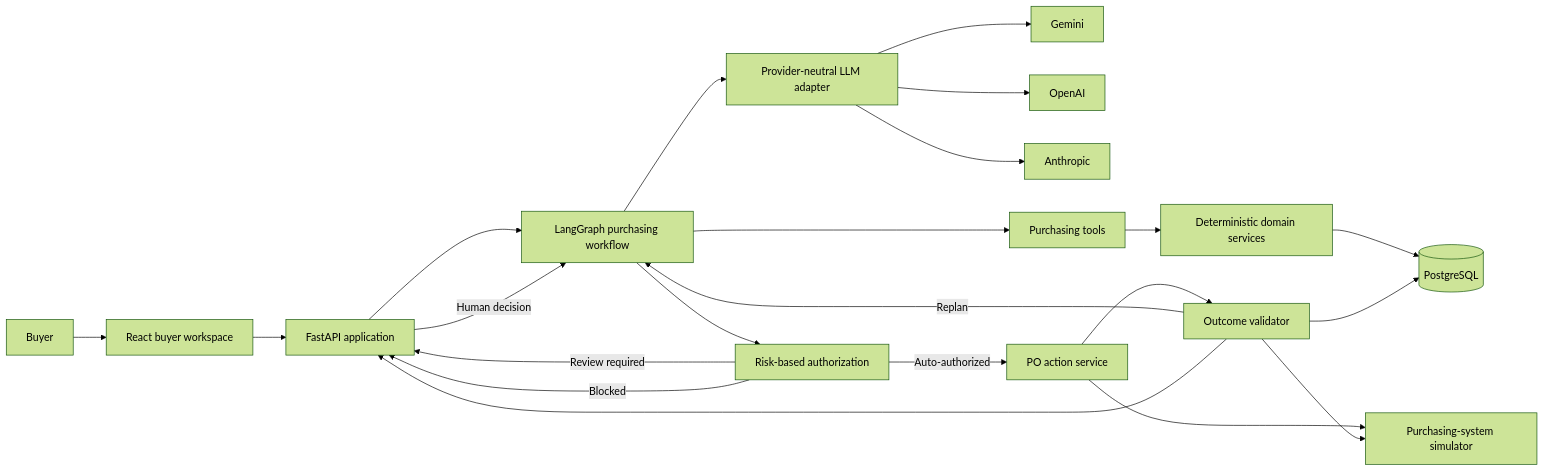
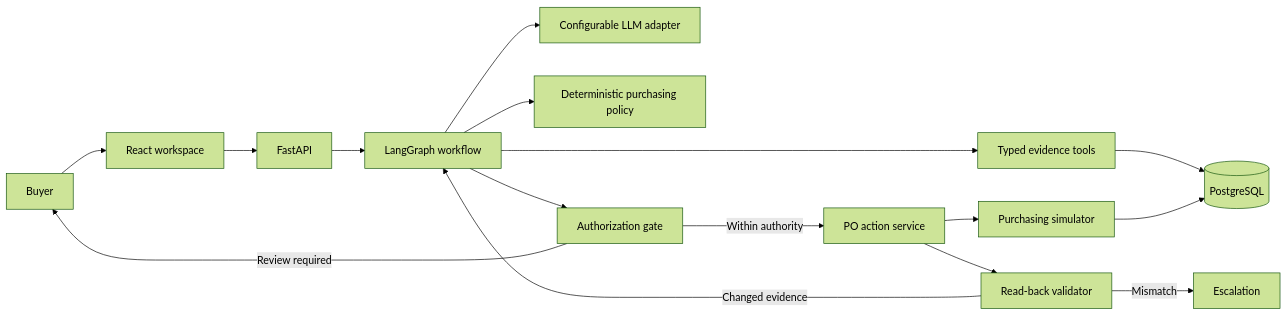
The diagram in docs/architecture.md (pseudo-nikhilk18/AI-Buyer-Agent-project), drawn with Mermaid (forest theme) before and after one commit. The commit also changed other lines of this file and 42 other files, not shown here.

Commit message:
feat(purchasing): complete evidence-based decisions and validated PO execution

````diff
--- a/docs/architecture.md
+++ b/docs/architecture.md
@@ -9,28 +9,18 @@
 ```mermaid
 flowchart LR
-    Buyer[Buyer] --> Web[React buyer workspace]
-    Web --> API[FastAPI application]
-    API --> Graph[LangGraph purchasing workflow]
-
-    Graph --> LLM[Provider-neutral LLM adapter]
-    LLM --> Gemini[Gemini]
-    LLM --> OpenAI[OpenAI]
-    LLM --> Anthropic[Anthropic]
-
-    Graph --> Tools[Purchasing tools]
-    Tools --> Domain[Deterministic domain services]
-    Domain --> DB[(PostgreSQL)]
-
-    Graph --> Authz[Risk-based authorization]
-    Authz -->|Auto-authorized| Action[PO action service]
-    Authz -->|Review required| API
-    API -->|Human decision| Graph
-    Authz -->|Blocked| API
-
-    Action --> Simulator[Purchasing-system simulator]
-    Action --> Validator[Outcome validator]
-    Validator --> Simulator
-    Validator --> DB
-    Validator -->|Replan| Graph
-    Validator --> API
+    Buyer[Buyer] --> Web[React workspace]
+    Web --> API[FastAPI]
+    API --> Graph[LangGraph workflow]
+    Graph --> LLM[Configurable LLM adapter]
+    Graph --> Tools[Typed evidence tools]
+    Tools --> DB[(PostgreSQL)]
+    Graph --> Policy[Deterministic purchasing policy]
+    Graph --> Auth[Authorization gate]
+    Auth -->|Within authority| Action[PO action service]
+    Auth -->|Review required| Buyer
+    Action --> Simulator[Purchasing simulator]
+    Simulator --> DB
+    Action --> Validator[Read-back validator]
+    Validator -->|Changed evidence| Graph
+    Validator -->|Mismatch| Escalate[Escalation]
 ```
````
